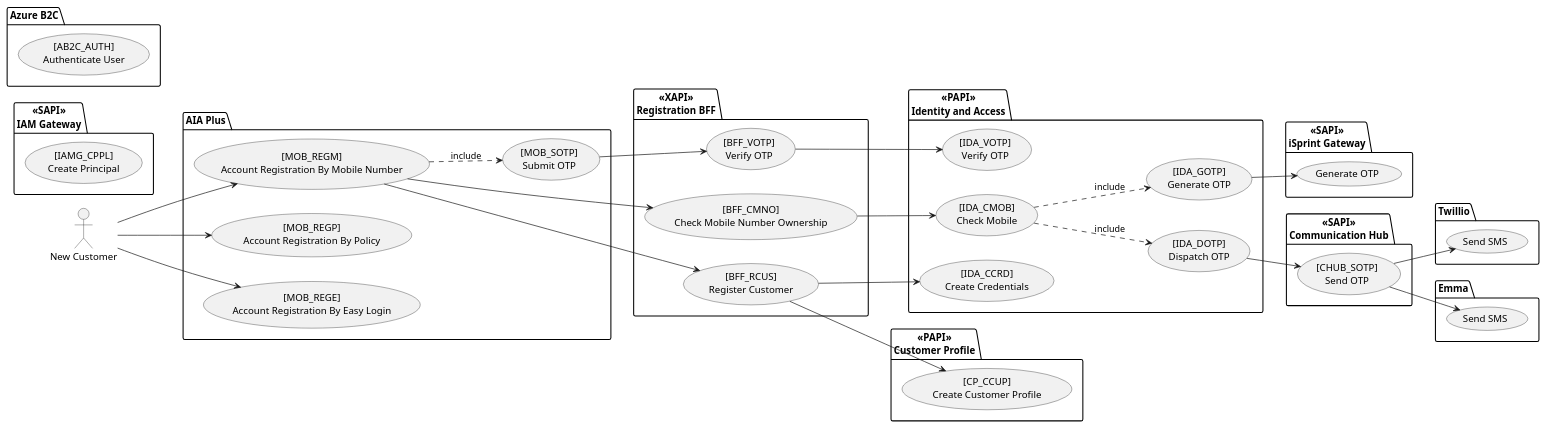
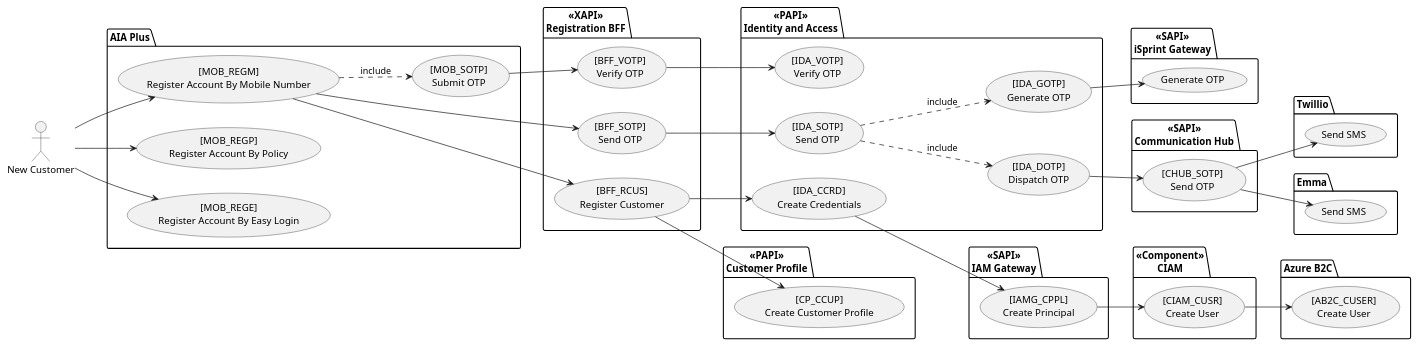
The diagram in DDD/src/main/plantuml/registration_by_mob.puml (dennisholee/ArchitectureDojo), drawn with PlantUML before and after one commit.

```diff
--- a/DDD/src/main/plantuml/registration_by_mob.puml
+++ b/DDD/src/main/plantuml/registration_by_mob.puml
@@ -1,79 +1,88 @@
 @startuml
 
 left to right direction
 
 actor "New Customer" as CUST
 
 package "AIA Plus" {
-  usecase "[MOB_REGM]\nAccount Registration By Mobile Number" as MOB_REGM
+  usecase "[MOB_REGM]\nRegister Account By Mobile Number" as MOB_REGM
   usecase "[MOB_SOTP]\nSubmit OTP" as MOB_SOTP
-  usecase "[MOB_REGP]\nAccount Registration By Policy" as MOB_REGP
-  usecase "[MOB_REGE]\nAccount Registration By Easy Login" as MOB_REGE
+  usecase "[MOB_REGP]\nRegister Account By Policy" as MOB_REGP
+  usecase "[MOB_REGE]\nRegister Account By Easy Login" as MOB_REGE
 }
 
 package "<<XAPI>>\nRegistration BFF" {
-  usecase "[BFF_CMNO]\nCheck Mobile Number Ownership" as BFF_CMNO
+  usecase "[BFF_SOTP]\nSend OTP" as BFF_SOTP
   usecase "[BFF_VOTP]\nVerify OTP" as BFF_VOTP
   usecase "[BFF_RCUS]\nRegister Customer" as BFF_RCUS
 }
 
 package "<<PAPI>>\nIdentity and Access" {
-  usecase "[IDA_CMOB]\nCheck Mobile" as IDA_CMOB
+  usecase "[IDA_SOTP]\nSend OTP" as IDA_SOTP
   usecase "[IDA_GOTP]\nGenerate OTP" as IDA_GOTP
   usecase "[IDA_DOTP]\nDispatch OTP" as IDA_DOTP
   usecase "[IDA_VOTP]\nVerify OTP" as IDA_VOTP
   usecase "[IDA_CCRD]\nCreate Credentials" as IDA_CCRD
 }
 
 package "<<PAPI>>\nCustomer Profile" {
   usecase "[CP_CCUP]\nCreate Customer Profile" as CP_CCUP
 }
 
 package "<<SAPI>>\nIAM Gateway" {
   usecase "[IAMG_CPPL]\nCreate Principal" as IAMG_CPPL
 }
 
 package "<<SAPI>>\niSprint Gateway" {
   usecase "Generate OTP" as ISG_GOTP
 }
 
 package "<<SAPI>>\nCommunication Hub" {
   usecase "[CHUB_SOTP]\nSend OTP" as CHUB_SOTP
 }
 
+
+package "<<Component>>\nCIAM" {
+  usecase "[CIAM_CUSR]\nCreate User" as CIAM_CUSR
+}
+
 package "Azure B2C" {
-  usecase "[AB2C_AUTH]\nAuthenticate User" as AB2C_AUTH
+  usecase "[AB2C_CUSER]\nCreate User" as AB2C_CUSR
 }
 
 package "Twillio" {
   usecase "Send SMS" as TWL_SSMS
 }
 
 package "Emma" {
   usecase "Send SMS" as EMM_SSMS
 }
 
 CUST --> MOB_REGM
 CUST --> MOB_REGP
 CUST --> MOB_REGE
 
 MOB_REGM ..> MOB_SOTP : include
-MOB_REGM --> BFF_CMNO
-BFF_CMNO --> IDA_CMOB
+MOB_REGM --> BFF_SOTP
+BFF_SOTP --> IDA_SOTP
 
-IDA_CMOB ..> IDA_GOTP : include
+IDA_SOTP ..> IDA_GOTP : include
 IDA_GOTP --> ISG_GOTP
-IDA_CMOB ..> IDA_DOTP : include
+IDA_SOTP ..> IDA_DOTP : include
 IDA_DOTP --> CHUB_SOTP
 CHUB_SOTP --> TWL_SSMS
 CHUB_SOTP --> EMM_SSMS
 
 MOB_SOTP --> BFF_VOTP
 
 BFF_VOTP --> IDA_VOTP
 MOB_REGM --> BFF_RCUS
 
 BFF_RCUS --> CP_CCUP
 BFF_RCUS --> IDA_CCRD
 
+IDA_CCRD --> IAMG_CPPL
+IAMG_CPPL --> CIAM_CUSR
+CIAM_CUSR --> AB2C_CUSR
+
 @enduml
```
